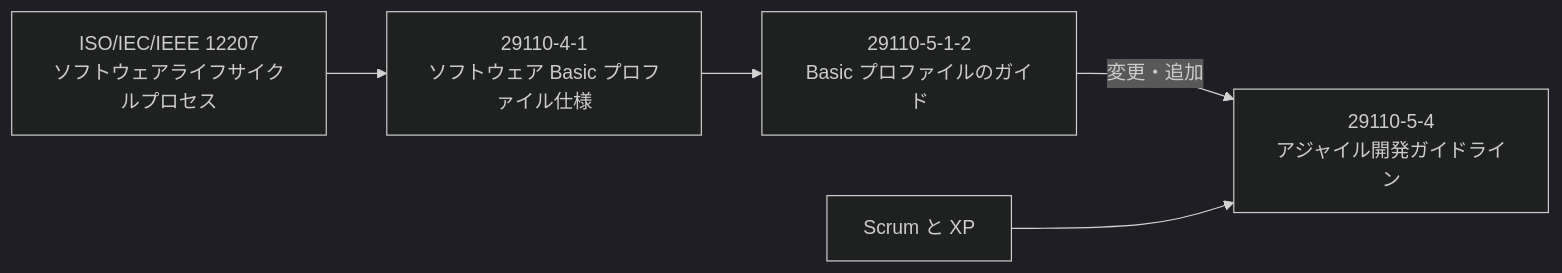
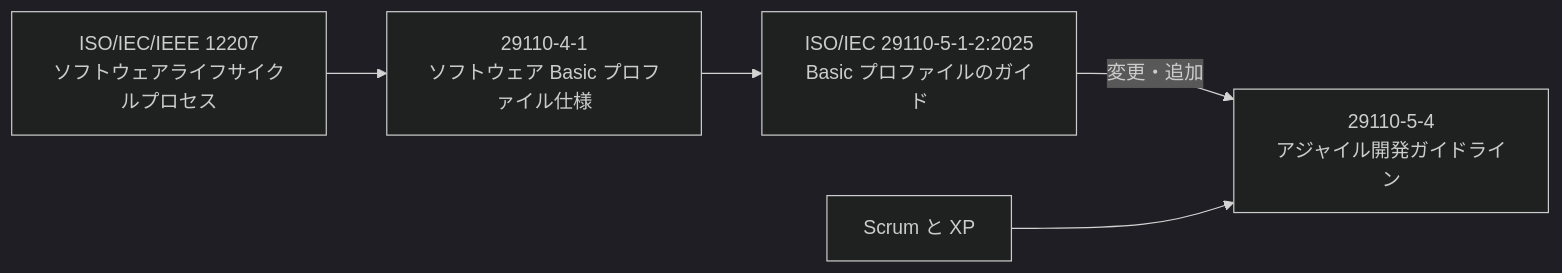
The second of 10 diagrams in Iso-iec-29110-5-4-2025-beginner-guide.md (myoshi2891/Quality-Assurance-Studies), drawn with Mermaid (dark theme) before and after one commit. The commit also changed other lines of this file, not shown here.

Commit message:
docs(iso-29110-5-4): 参照規格ISO/IEC 29110-5-1-2:2025の正式表記統一および成果物最小化に関する記述の精緻化

````diff
--- a/Iso-iec-29110-5-4-2025-beginner-guide.md
+++ b/Iso-iec-29110-5-4-2025-beginner-guide.md
@@ -89,7 +89,7 @@
 ```mermaid
 flowchart LR
   A["ISO/IEC/IEEE 12207<br/>ソフトウェアライフサイクルプロセス"] --> B["29110-4-1<br/>ソフトウェア Basic プロファイル仕様"]
-  B --> C["29110-5-1-2<br/>Basic プロファイルのガイド"]
+  B --> C["ISO/IEC 29110-5-1-2:2025<br/>Basic プロファイルのガイド"]
   C -->|"変更・追加"| D["29110-5-4<br/>アジャイル開発ガイドライン"]
   E["Scrum と XP"] --> D
 ```
````
